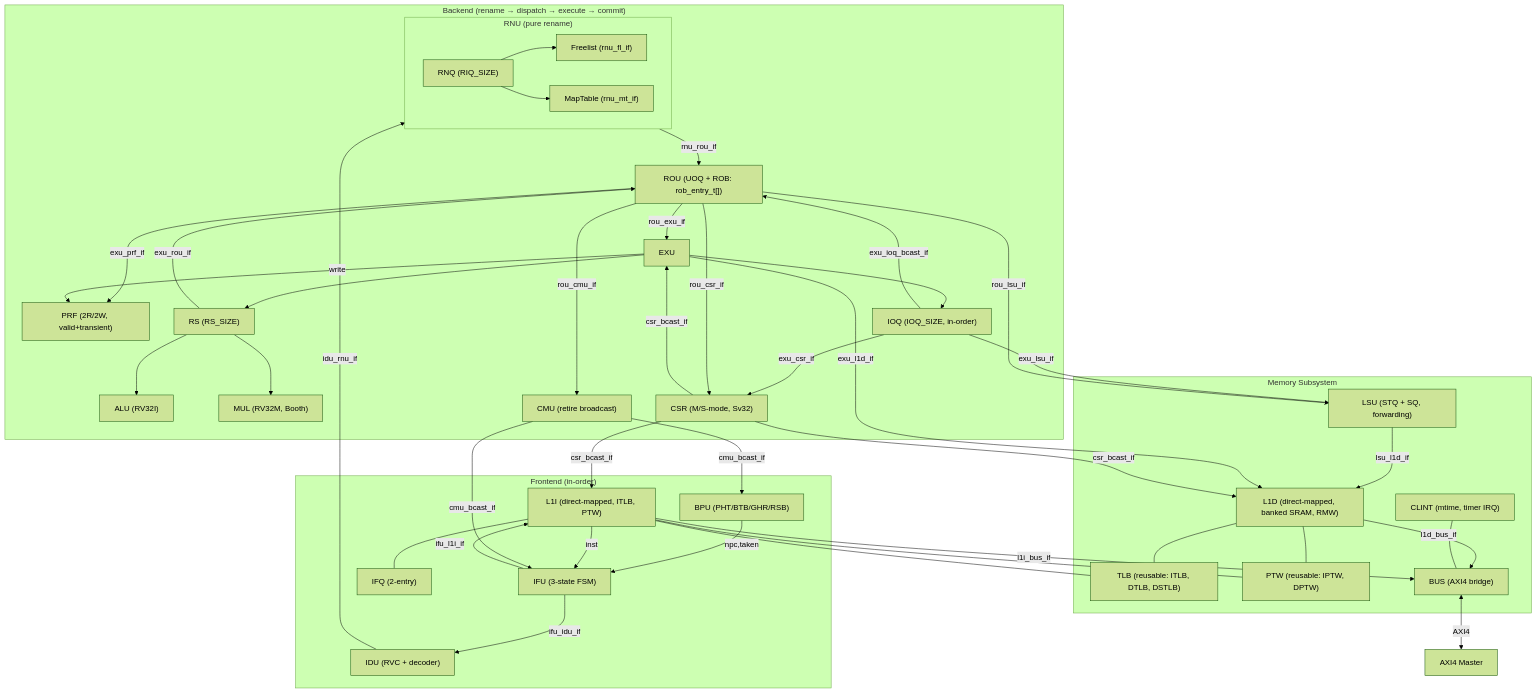
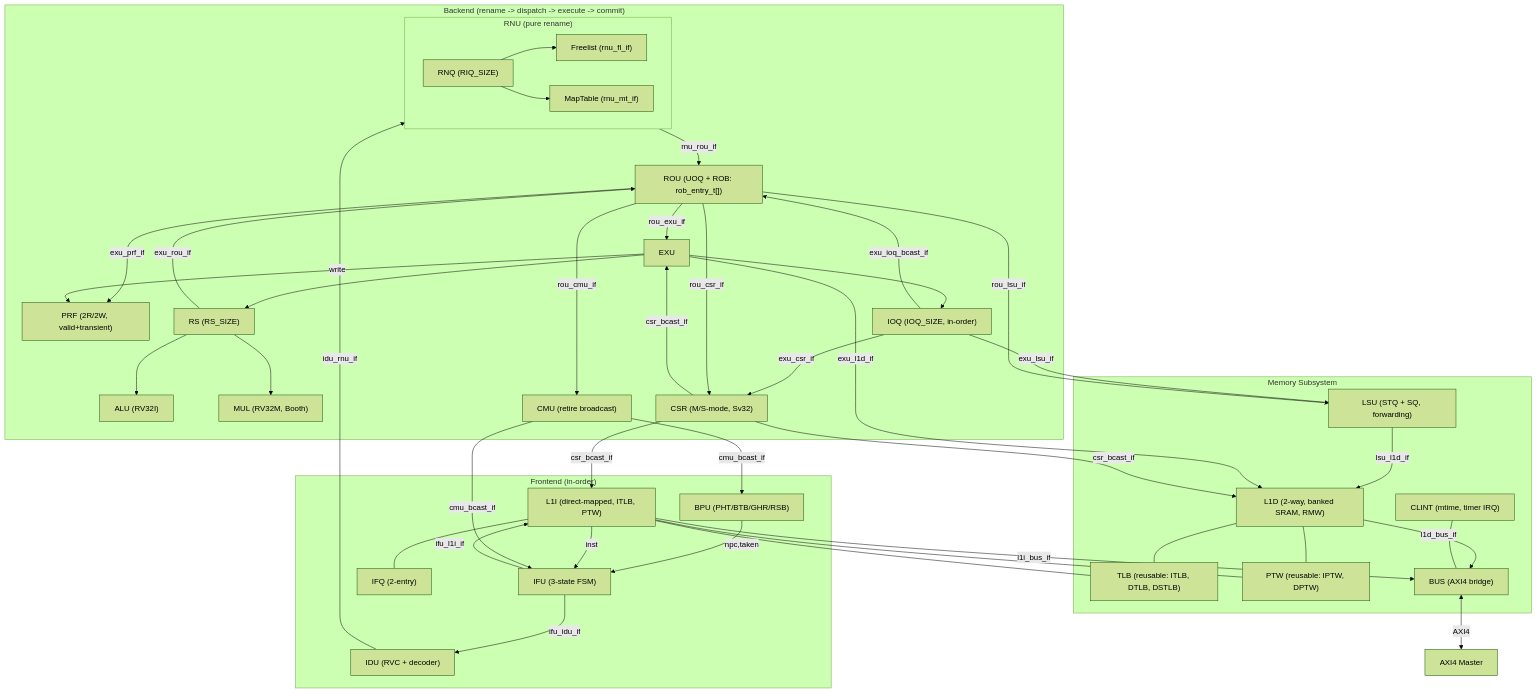
Before and after one commit to Kingfish404/raptor-chip: the diagram in docs/uarch.md, drawn with Mermaid (forest theme). The commit also changed other lines of this file and 23 other files, not shown here.

````diff
--- a/docs/uarch.md
+++ b/docs/uarch.md
@@ -359,64 +444,64 @@
 ```mermaid
 flowchart TD
  subgraph FE["Frontend (in-order)"]
         IFU["IFU (3-state FSM)"]
         L1I["L1I (direct-mapped, ITLB, PTW)"]
         IFQ["IFQ (2-entry)"]
         IDU["IDU (RVC + decoder)"]
         BPU["BPU (PHT/BTB/GHR/RSB)"]
   end
- subgraph BE["Backend (rename → dispatch → execute → commit)"]
+ subgraph BE["Backend (rename -> dispatch -> execute -> commit)"]
         subgraph RNU_TOP["RNU (pure rename)"]
             RNQ["RNQ (RIQ_SIZE)"]
             FL["Freelist (rnu_fl_if)"]
             MT["MapTable (rnu_mt_if)"]
         end
         PRF["PRF (2R/2W, valid+transient)"]
         ROU["ROU (UOQ + ROB: rob_entry_t[])"]
         EXU["EXU"]
         RS["RS (RS_SIZE)"]
         IOQ["IOQ (IOQ_SIZE, in-order)"]
         ALU["ALU (RV32I)"]
         MUL["MUL (RV32M, Booth)"]
         CMU["CMU (retire broadcast)"]
         CSR["CSR (M/S-mode, Sv32)"]
   end
  subgraph MEM["Memory Subsystem"]
         LSU["LSU (STQ + SQ, forwarding)"]
-        L1D["L1D (direct-mapped, banked SRAM, RMW)"]
+        L1D["L1D (2-way, banked SRAM, RMW)"]
         TLB["TLB (reusable: ITLB, DTLB, DSTLB)"]
         PTW["PTW (reusable: IPTW, DPTW)"]
         BUS["BUS (AXI4 bridge)"]
         CLINT["CLINT (mtime, timer IRQ)"]
   end
     BPU -->|"npc,taken"| IFU
     IFU -->|"ifu_l1i_if"| L1I
     L1I --- IFQ
     L1I -->|"inst"| IFU
     IFU -->|"ifu_idu_if"| IDU
     IDU -->|"idu_rnu_if"| RNU_TOP
     RNQ --> FL & MT
     RNU_TOP -->|"rnu_rou_if"| ROU
     ROU -->|"exu_prf_if"| PRF
     ROU -->|"rou_exu_if"| EXU
     EXU --> RS & IOQ
     RS --> ALU & MUL
     IOQ -->|"exu_lsu_if"| LSU
     IOQ -->|"exu_csr_if"| CSR
     RS -->|"exu_rou_if"| ROU
     IOQ -->|"exu_ioq_bcast_if"| ROU
     EXU -->|"write"| PRF
     ROU -->|"rou_cmu_if"| CMU
     ROU -->|"rou_csr_if"| CSR
     ROU -->|"rou_lsu_if"| LSU
     CMU -->|"cmu_bcast_if"| IFU & BPU
     LSU -->|"lsu_l1d_if"| L1D
     EXU -->|"exu_l1d_if"| L1D
     L1I --- TLB & PTW
     L1D --- TLB & PTW
     L1I -->|"l1i_bus_if"| BUS
     L1D -->|"l1d_bus_if"| BUS
     BUS <-->|"AXI4"| AXI["AXI4 Master"]
     CLINT --- BUS
     CSR -->|"csr_bcast_if"| L1I & L1D & EXU
 ```
````
